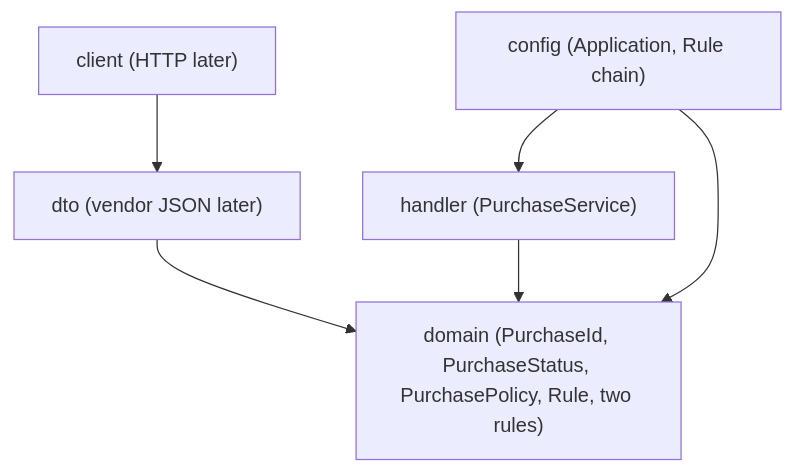
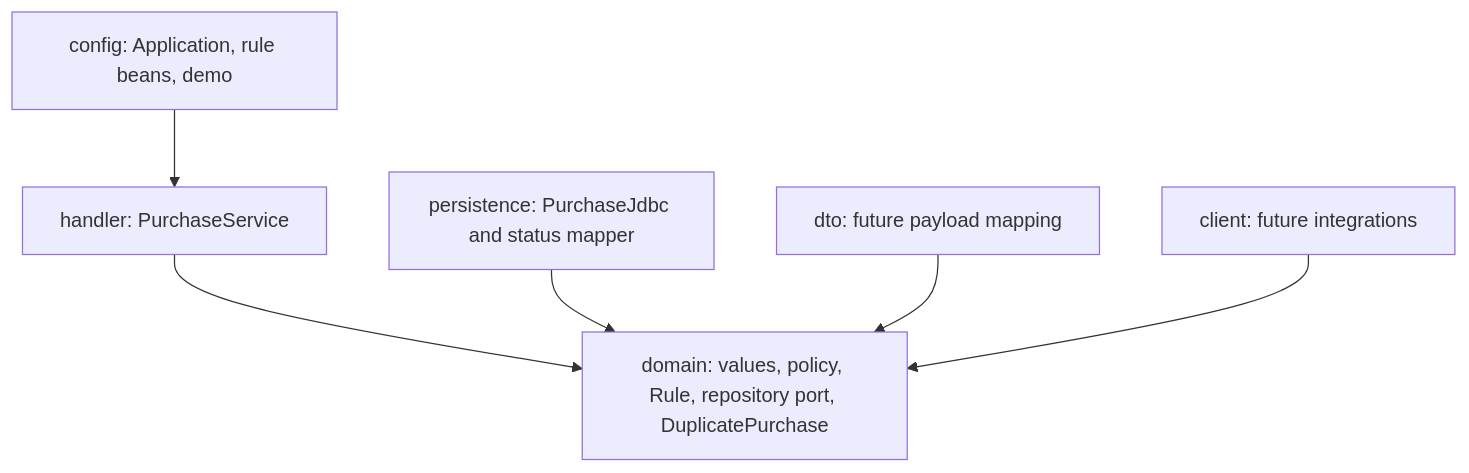
Before and after one commit to argymakmyrzaliyev-star/purchase-tracker: the diagram in README.md, drawn with Mermaid. The commit also changed other lines of this file and 23 other files, not shown here.

````diff
--- a/README.md
+++ b/README.md
@@ -27,8 +101,8 @@
 ```mermaid
-flowchart TB
-  dto["dto (vendor JSON later)"] --> domain["domain (PurchaseId, PurchaseStatus, PurchasePolicy, Rule, two rules)"]
-  client["client (HTTP later)"] --> dto
-  handler["handler (PurchaseService)"] --> domain
-  config["config (Application, Rule chain)"] --> handler
-  config --> domain
+flowchart TD
+  config["config: Application, rule beans, demo"] --> handler["handler: PurchaseService"]
+  handler --> domain["domain: values, policy, Rule, repository port, DuplicatePurchase"]
+  persistence["persistence: PurchaseJdbc and status mapper"] --> domain
+  dto["dto: future payload mapping"] --> domain
+  client["client: future integrations"] --> domain
 ```
````
